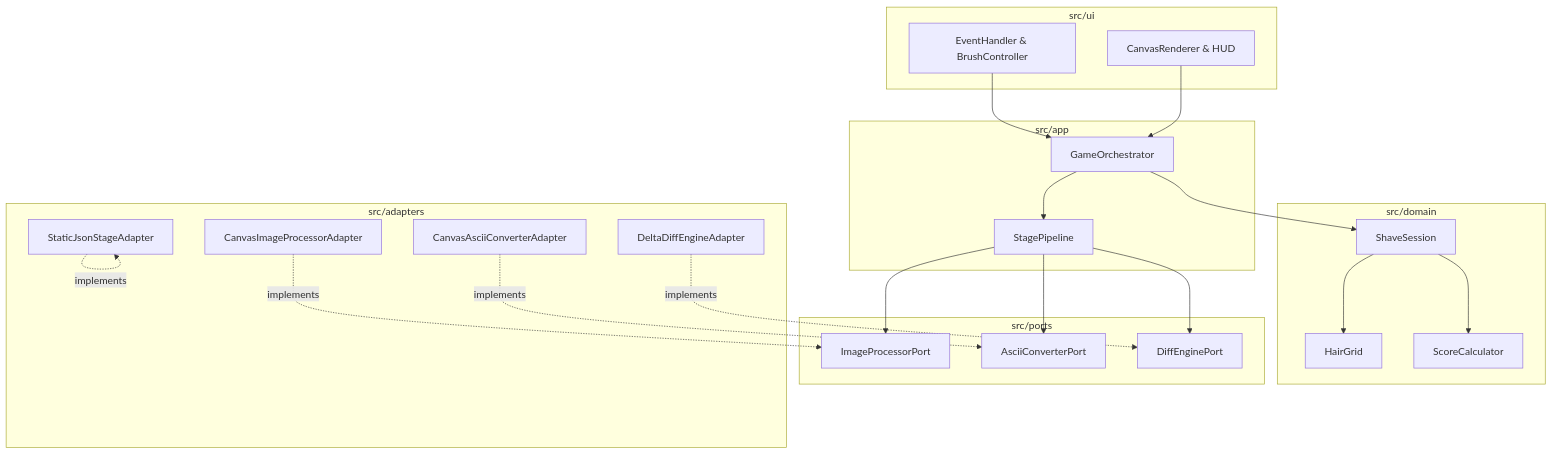
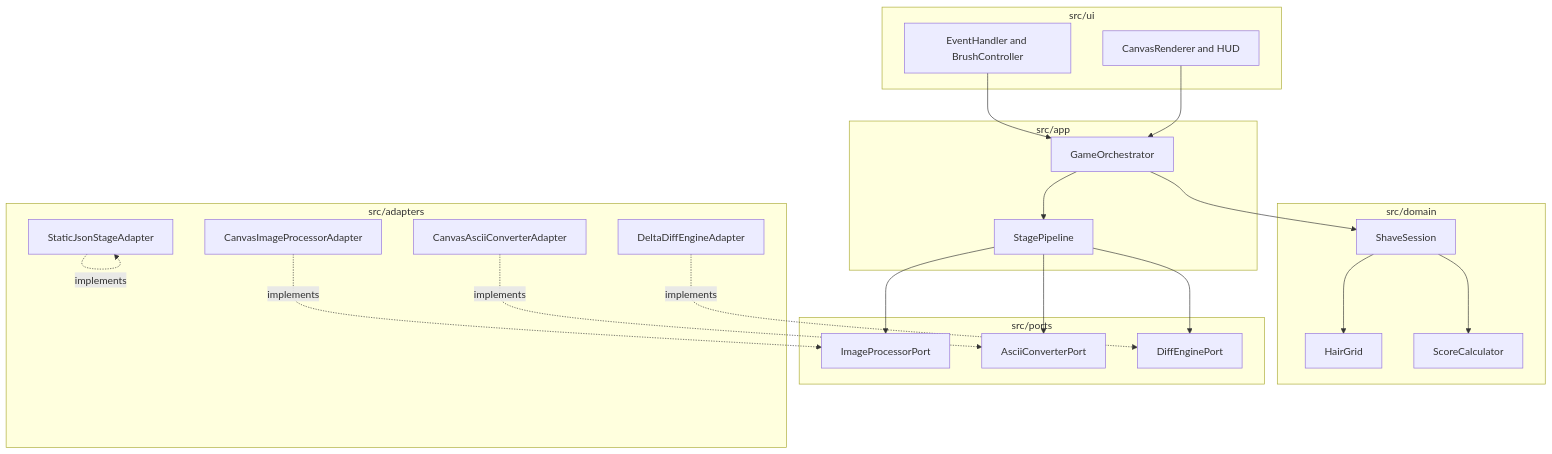
Before and after one commit to ClarusIubar/shaving_him: the diagram in docs/wiki/Home.md, drawn with Mermaid. The commit also changed other lines of this file and 1 other file, not shown here.

Commit message:
docs(wiki): sync Implemented-Architecture-Decision-Matrix.md and Home.md to repo docs

````diff
--- a/docs/wiki/Home.md
+++ b/docs/wiki/Home.md
@@ -46,45 +47,45 @@
 ```mermaid
 flowchart TD
   subgraph Interface Layer [src/ui]
-    UI["CanvasRenderer & HUD"]
-    Events["EventHandler & BrushController"]
+    UI["CanvasRenderer and HUD"]
+    Events["EventHandler and BrushController"]
   end
 
   subgraph Application Layer [src/app]
     Orchestrator["GameOrchestrator"]
     Pipeline["StagePipeline"]
   end
 
   subgraph Core Domain Layer [src/domain]
     Session["ShaveSession"]
     Grid["HairGrid"]
     Score["ScoreCalculator"]
   end
 
   subgraph Port Contracts [src/ports]
     ImgPort["ImageProcessorPort"]
     AsciiPort["AsciiConverterPort"]
     DiffPort["DiffEnginePort"]
   end
 
   subgraph Adapters [src/adapters]
     ImgAdap["CanvasImageProcessorAdapter"]
     AsciiAdap["CanvasAsciiConverterAdapter"]
     DiffAdap["DeltaDiffEngineAdapter"]
     JsonAdap["StaticJsonStageAdapter"]
   end
 
   Events --> Orchestrator
   UI --> Orchestrator
   Orchestrator --> Session
   Session --> Grid
   Session --> Score
   Orchestrator --> Pipeline
   Pipeline --> ImgPort
   Pipeline --> AsciiPort
   Pipeline --> DiffPort
   ImgAdap -. implements .-> ImgPort
   AsciiAdap -. implements .-> AsciiPort
   DiffAdap -. implements .-> DiffPort
   JsonAdap -. implements .-> JsonAdap
 ```
````
